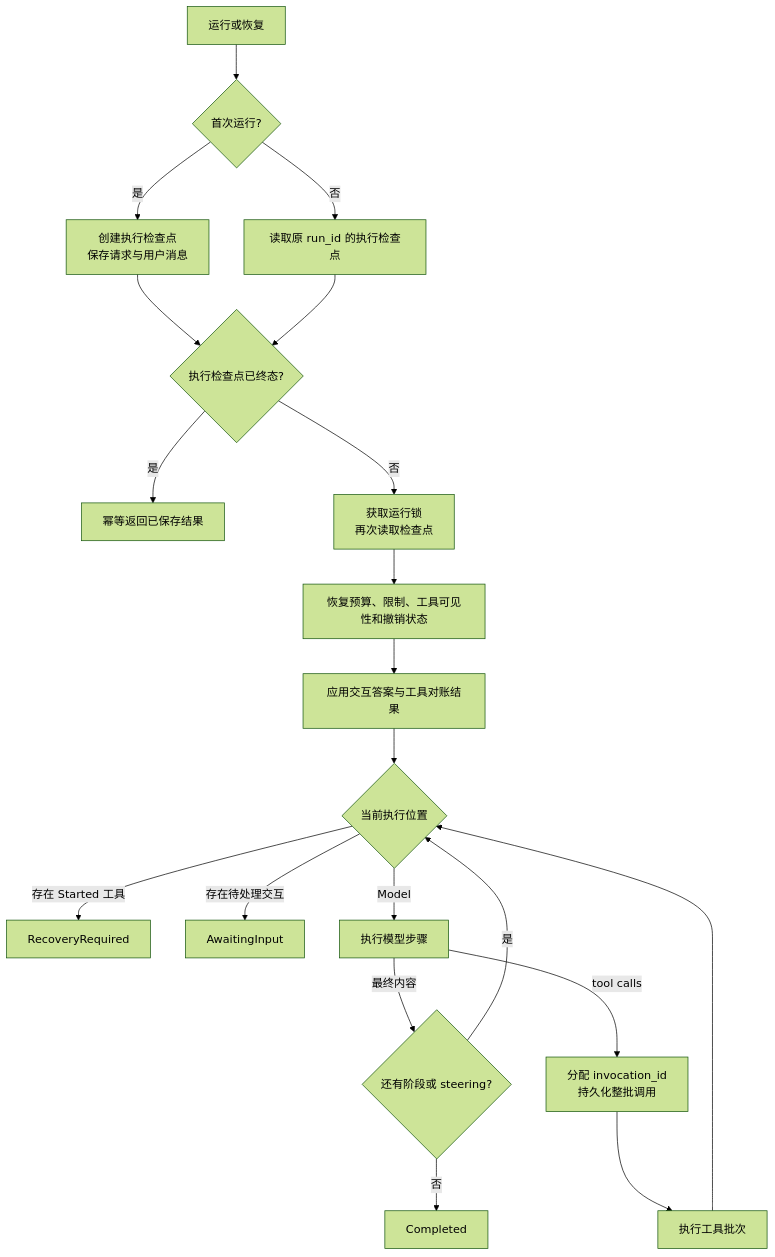
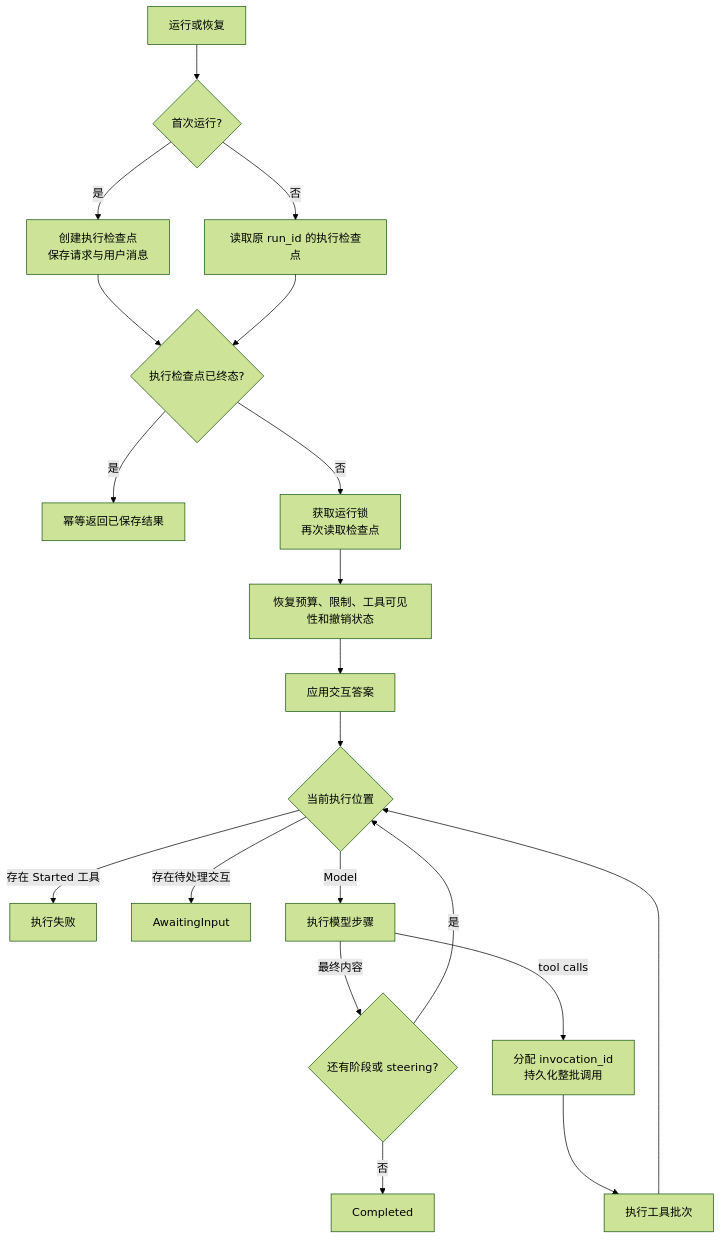
The fourth of 16 diagrams in docs/architecture.md (Penglai-Link/eliteforge-agent-framework), drawn with Mermaid (forest theme) before and after one commit. The commit also changed other lines of this file and 28 other files, not shown here.

````diff
--- a/docs/architecture.md
+++ b/docs/architecture.md
@@ -148,22 +148,22 @@
 ```mermaid
 flowchart TD
     Start[运行或恢复] --> Load{首次运行?}
     Load -->|是| Create[创建执行检查点<br/>保存请求与用户消息]
     Load -->|否| Existing[读取原 run_id 的执行检查点]
     Create --> Terminal
     Existing --> Terminal{执行检查点已终态?}
     Terminal -->|是| Replay[幂等返回已保存结果]
     Terminal -->|否| Lease[获取运行锁<br/>再次读取检查点]
     Lease --> Restore[恢复预算、限制、工具可见性和撤销状态]
-    Restore --> Apply[应用交互答案与工具对账结果]
+    Restore --> Apply[应用交互答案]
     Apply --> Guard{当前执行位置}
-    Guard -->|存在 Started 工具| Recovery[RecoveryRequired]
+    Guard -->|存在 Started 工具| Failed[执行失败]
     Guard -->|存在待处理交互| Await[AwaitingInput]
     Guard -->|Model| Invoke[执行模型步骤]
     Invoke -->|最终内容| Next{还有阶段或 steering?}
     Next -->|是| Guard
     Next -->|否| Done[Completed]
     Invoke -->|tool calls| Plan[分配 invocation_id<br/>持久化整批调用]
     Plan --> Tools[执行工具批次]
     Tools --> Guard
 ```
````
